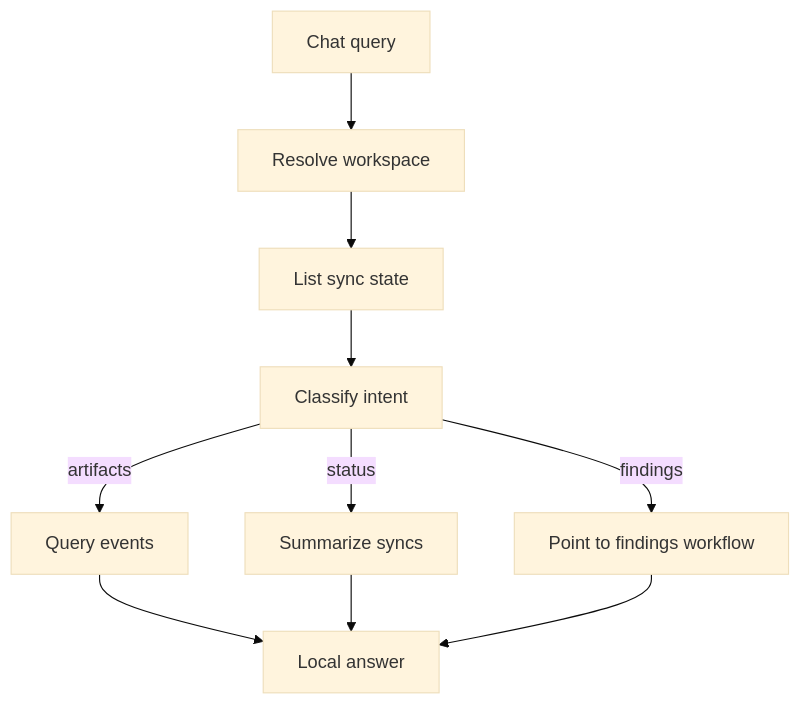
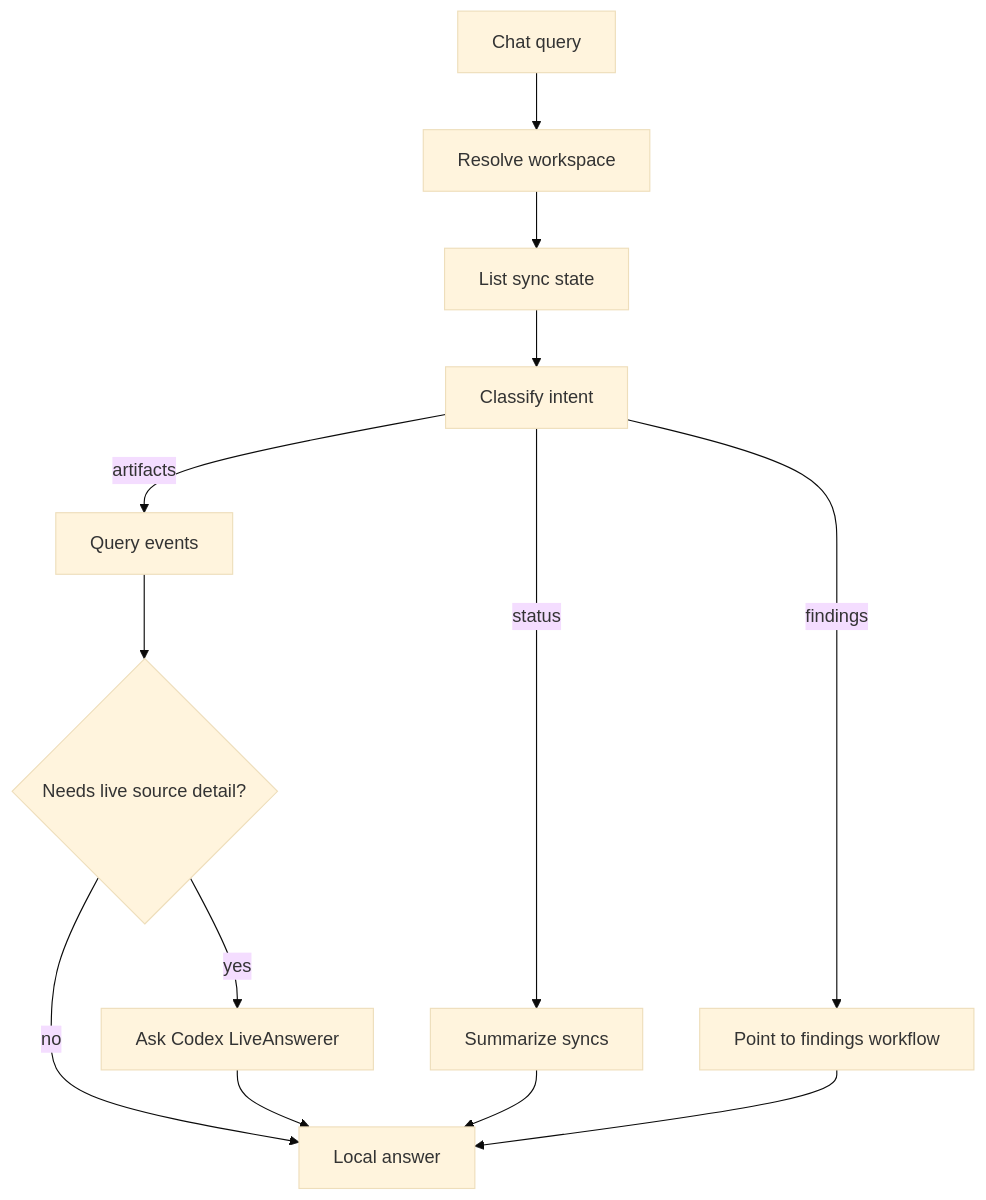
One commit to sx-tane/context-os changed the diagram in internal/chat/README.md. Above: the diagram before and after it, drawn with Mermaid (base theme). The commit also changed other lines of this file and 29 other files, not shown here.

Commit message:
frontend: clear local workspace state on source reset

````diff
--- a/internal/chat/README.md
+++ b/internal/chat/README.md
@@ -18,12 +18,15 @@
 ```mermaid
 flowchart TD
   Q[Chat query] --> W[Resolve workspace]
   W --> S[List sync state]
   S --> I[Classify intent]
   I -->|artifacts| A[Query events]
+  A --> L{Needs live source detail?}
+  L -->|yes| C[Ask Codex LiveAnswerer]
+  L -->|no| R[Local answer]
+  C --> R
   I -->|status| T[Summarize syncs]
   I -->|findings| F[Point to findings workflow]
-  A --> R[Local answer]
   T --> R
   F --> R
 ```
````
